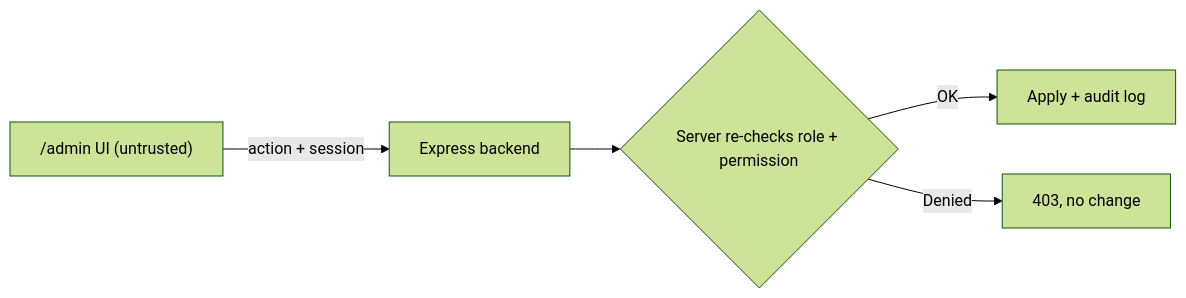
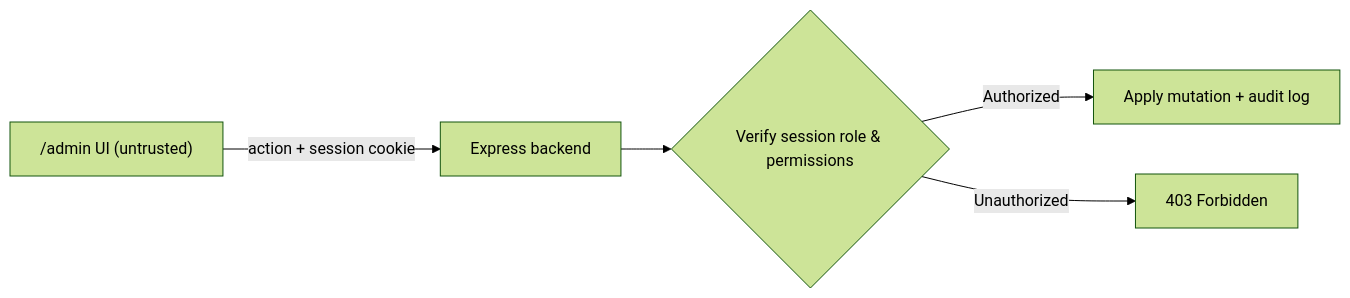
The diagram in docs/ADMIN_STRUCTURE.md (vidyesh95/qatoto-frontend), drawn with Mermaid (forest theme) before and after one commit. The commit also changed other lines of this file, not shown here.

Commit message:
docs: update admin structure and architecture documentation

````diff
--- a/docs/ADMIN_STRUCTURE.md
+++ b/docs/ADMIN_STRUCTURE.md
@@ -108,7 +27,7 @@
 ```mermaid
 flowchart LR
-    A["/admin UI (untrusted)"] -->|"action + session"| B[Express backend]
-    B --> C{Server re-checks role + permission}
-    C -->|OK| D[Apply + audit log]
-    C -->|Denied| E[403, no change]
+    A["/admin UI (untrusted)"] -->|"action + session cookie"| B[Express backend]
+    B --> C{Verify session role & permissions}
+    C -->|Authorized| D[Apply mutation + audit log]
+    C -->|Unauthorized| E[403 Forbidden]
 ```
````
